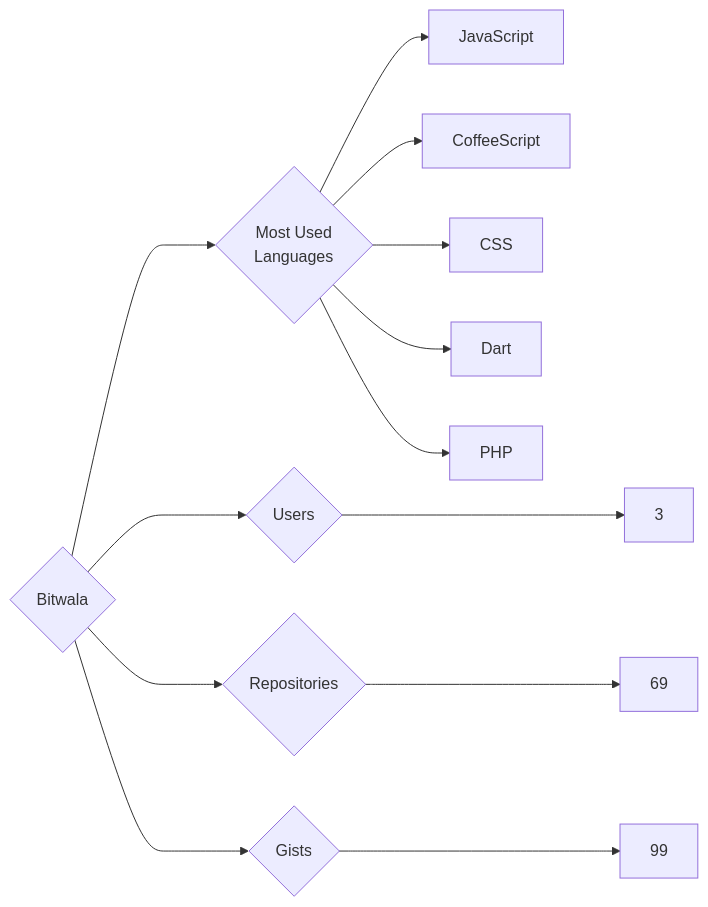
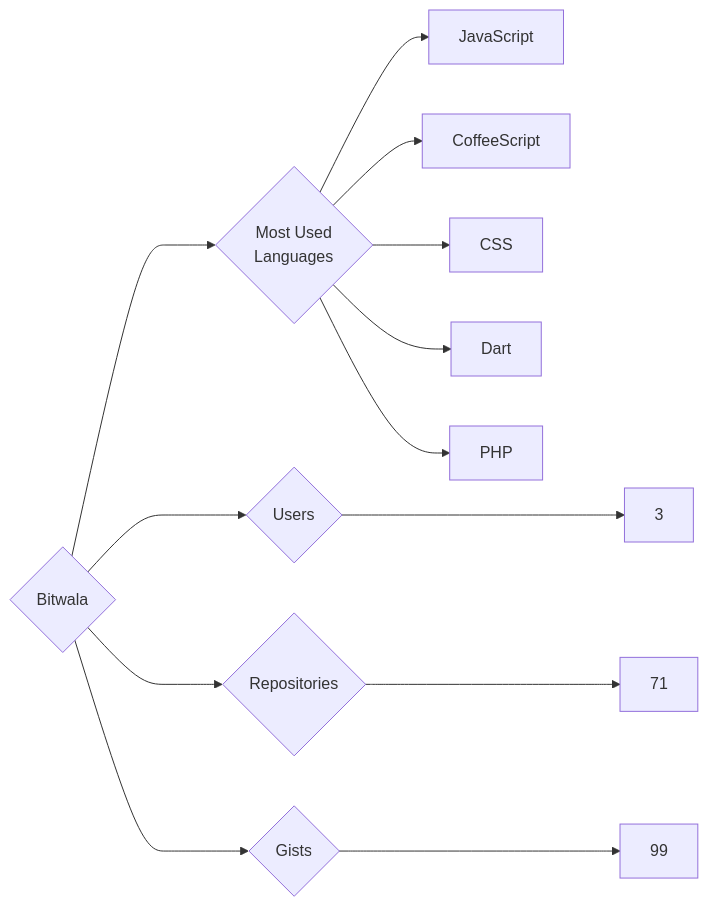
The diagram in targets/Bitwala/README.md (trickest/insiders), drawn with Mermaid before and after one commit. The commit also changed 715 other files, not shown here.

````diff
--- a/targets/Bitwala/README.md
+++ b/targets/Bitwala/README.md
@@ -3,13 +3,13 @@
 ```mermaid
 graph LR
 COMPANY_NAME{Bitwala}
 COMPANY_NAME ---> U{Users} ---> UN[3]
-COMPANY_NAME ---> R{Repositories} ---> RN[69]
+COMPANY_NAME ---> R{Repositories} ---> RN[71]
 COMPANY_NAME ---> G{Gists} ---> GN[99]
 COMPANY_NAME ---> ML{Most Used<br>Languages}
 ML --> JavaScript[JavaScript]
 ML --> CoffeeScript[CoffeeScript]
 ML --> CSS[CSS]
 ML --> Dart[Dart]
 ML --> PHP[PHP]
 ```
````
